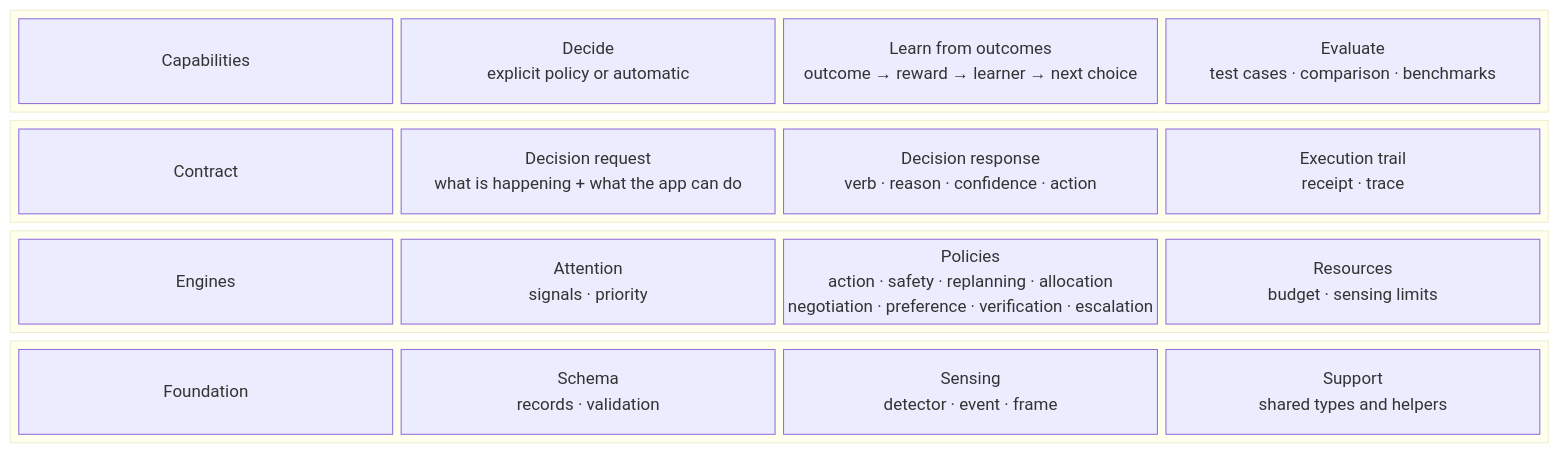
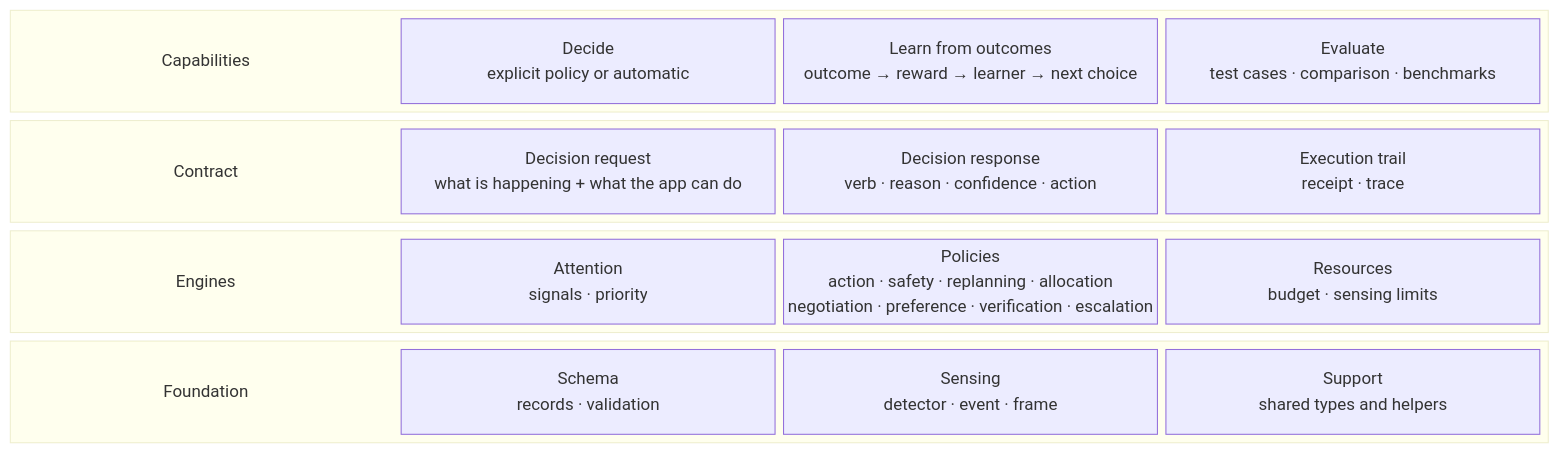
One commit to michaelatamuk/laix changed the diagram in docs/core/00-core-architecture.md. Above: the diagram before and after it, drawn with Mermaid.

Commit message:
docs: style row labels as transparent bold text

````diff
--- a/docs/core/00-core-architecture.md
+++ b/docs/core/00-core-architecture.md
@@ -5,39 +5,41 @@
 ```mermaid
 block-beta
     columns 1
 
     block:capabilities
         columns 4
         capabilities_label["Capabilities"]
         decide["Decide<br/>explicit policy or automatic"]
         learn["Learn from outcomes<br/>outcome → reward → learner → next choice"]
         evaluate["Evaluate<br/>test cases · comparison · benchmarks"]
     end
 
     block:contract
         columns 4
         contract_label["Contract"]
         request["Decision request<br/>what is happening + what the app can do"]
         response["Decision response<br/>verb · reason · confidence · action"]
         trail["Execution trail<br/>receipt · trace"]
     end
 
     block:engines
         columns 4
         engines_label["Engines"]
         attention["Attention<br/>signals · priority"]
         policies["Policies<br/>action · safety · replanning · allocation<br/>negotiation · preference · verification · escalation"]
         resources["Resources<br/>budget · sensing limits"]
     end
 
     block:foundation
         columns 4
         foundation_label["Foundation"]
         schema["Schema<br/>records · validation"]
         sensing["Sensing<br/>detector · event · frame"]
         support["Support<br/>shared types and helpers"]
     end
 
-    style capabilities_label font-size:22px,font-weight:bold
-    style contract_label font-size:14px
+    style capabilities_label fill:transparent,stroke:transparent,font-size:22px,font-weight:bold
+    style contract_label fill:transparent,stroke:transparent,font-size:14px,font-weight:bold
+    style engines_label fill:transparent,stroke:transparent,font-weight:bold
+    style foundation_label fill:transparent,stroke:transparent,font-weight:bold
 ```
````
